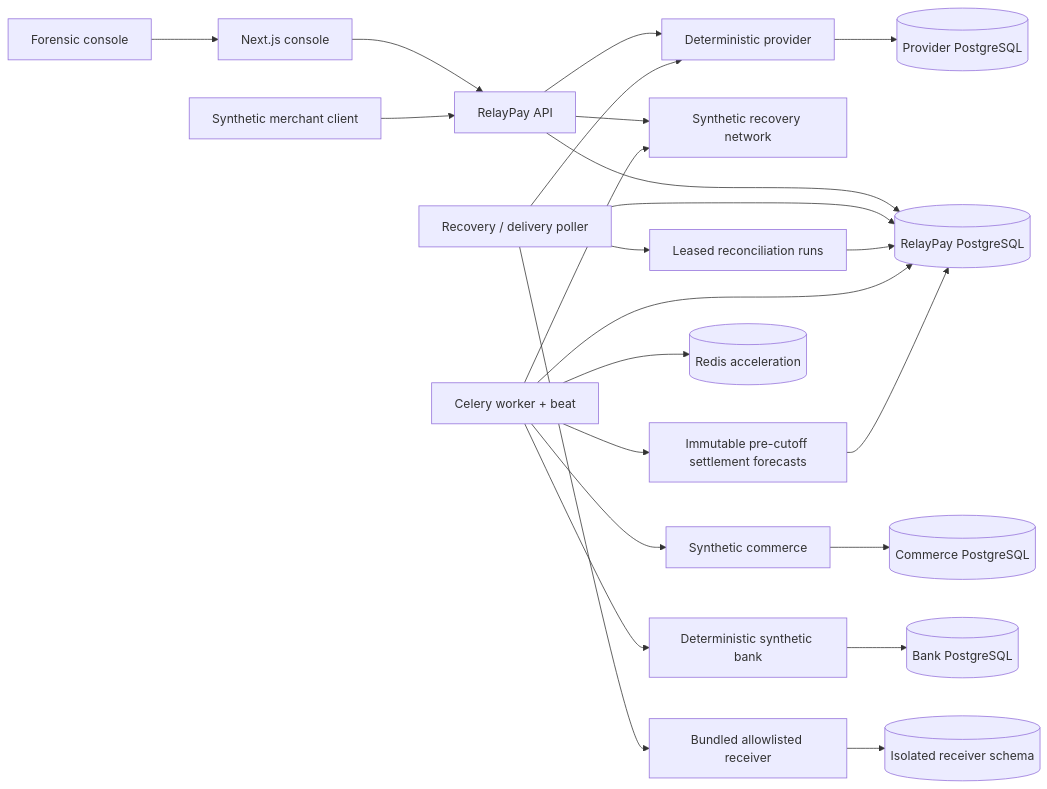
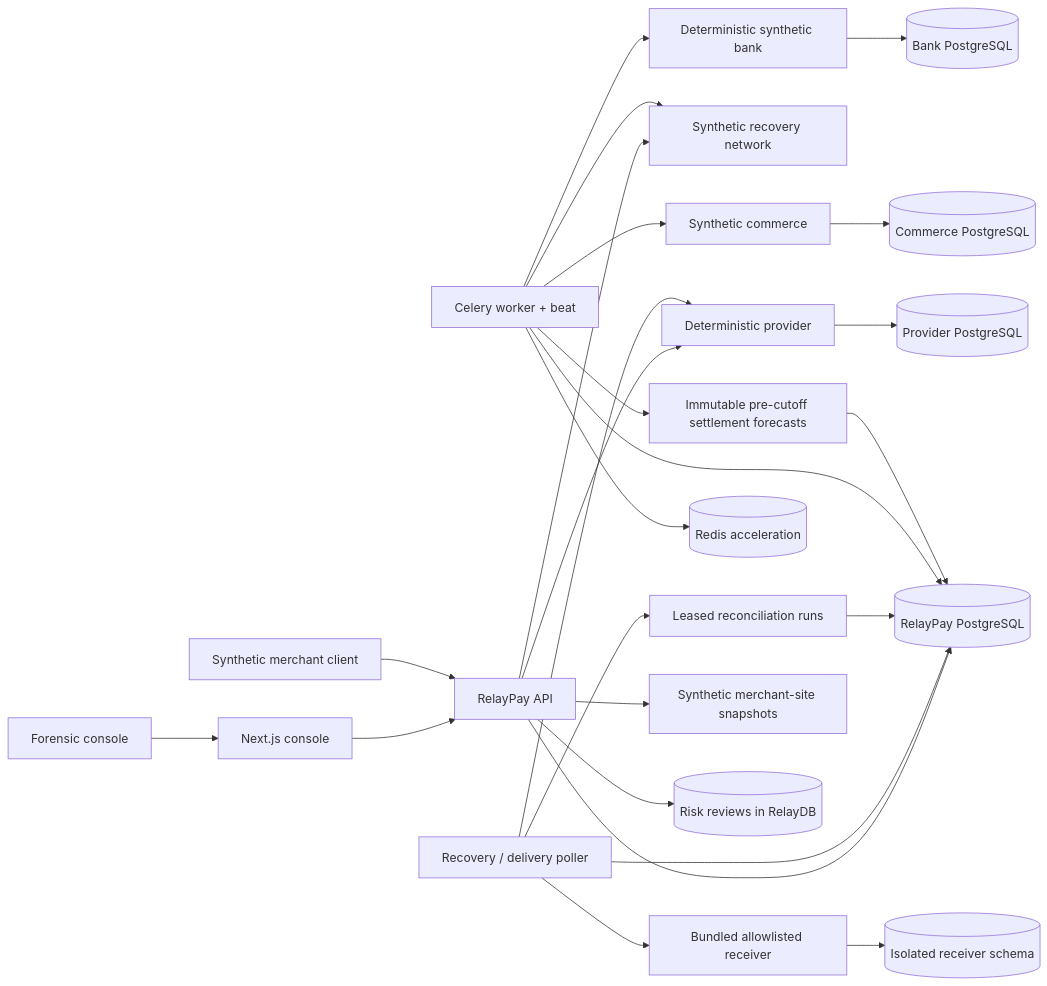
Before and after one commit to marsh15/relaypay: the diagram in README.md, drawn with Mermaid. The commit also changed 58 other files, not shown here.

Commit message:
Add deterministic merchant risk review agent (#29)

````diff
--- a/README.md
+++ b/README.md
@@ -98,25 +98,27 @@
 ```mermaid
 flowchart LR
     Browser["Forensic console"] --> Console["Next.js console"]
     Console --> API["RelayPay API"]
     Merchant["Synthetic merchant client"] --> API
     API --> RelayDB[("RelayPay PostgreSQL")]
     API --> Provider["Deterministic provider"]
     API --> RecoveryNetwork["Synthetic recovery network"]
     Worker --> Bank["Deterministic synthetic bank"]
     Bank --> BankDB[("Bank PostgreSQL")]
     Worker --> Commerce["Synthetic commerce"]
     Commerce --> CommerceDB[("Commerce PostgreSQL")]
     Provider --> ProviderDB[("Provider PostgreSQL")]
     Poller["Recovery / delivery poller"] --> RelayDB
     Poller --> Reconcile["Leased reconciliation runs"]
     Reconcile --> RelayDB
     Poller --> Provider
     Poller --> Receiver["Bundled allowlisted receiver"]
     Worker["Celery worker + beat"] --> Redis[("Redis acceleration")]
     Worker --> RelayDB
     Worker --> RecoveryNetwork
     Worker --> Forecasts["Immutable pre-cutoff settlement forecasts"]
     Forecasts --> RelayDB
+    API --> MerchantSite["Synthetic merchant-site snapshots"]
+    API --> RiskDB[("Risk reviews in RelayDB")]
     Receiver --> ReceiverSchema[("Isolated receiver schema")]
 ```
````
